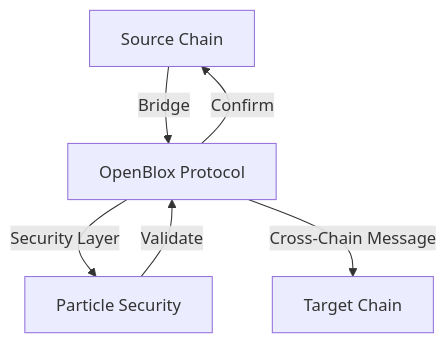
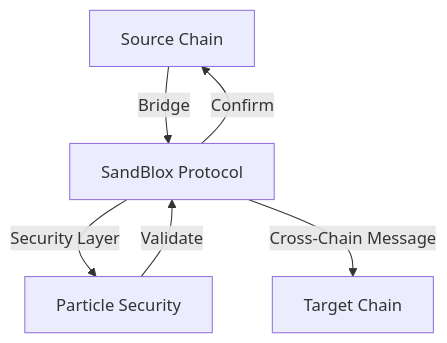
The diagram in public/docs/cross-chain-interoperability.md (PracticalParticle/Sandblox), drawn with Mermaid before and after one commit. The commit also changed other lines of this file and 25 other files, not shown here.

Commit message:
rename project to SandBlox

````diff
--- a/public/docs/cross-chain-interoperability.md
+++ b/public/docs/cross-chain-interoperability.md
@@ -14,8 +14,8 @@
 ```mermaid
 graph TD
-    A[Source Chain] -->|Bridge| B[OpenBlox Protocol]
+    A[Source Chain] -->|Bridge| B[SandBlox Protocol]
     B -->|Security Layer| C[Particle Security]
     B -->|Cross-Chain Message| D[Target Chain]
     C -->|Validate| B
     B -->|Confirm| A
 ```
````
